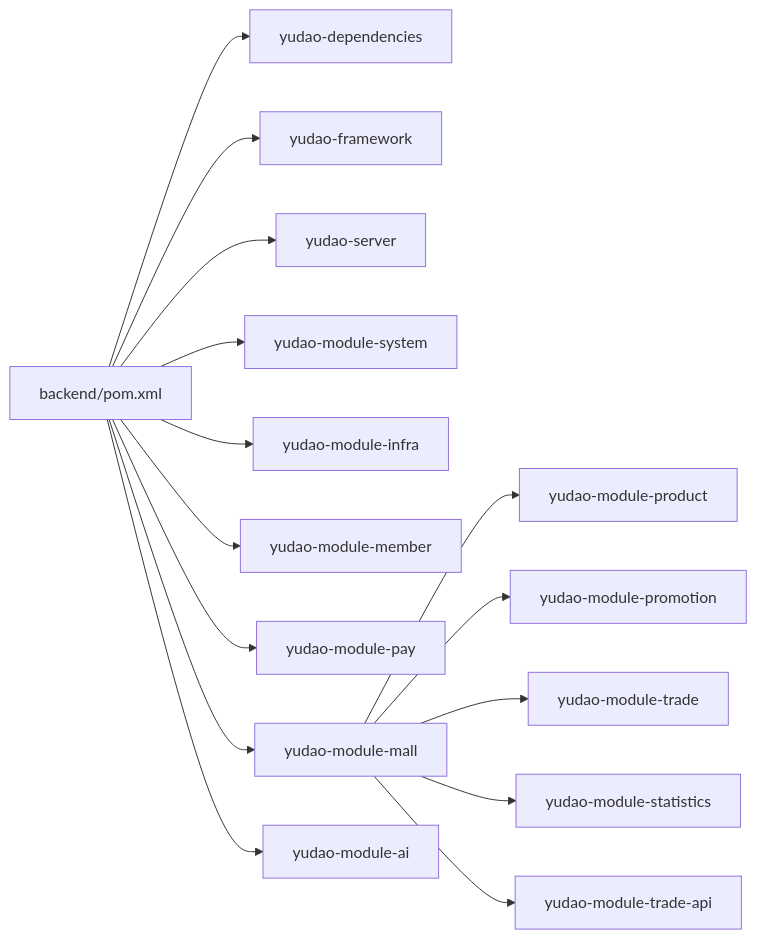
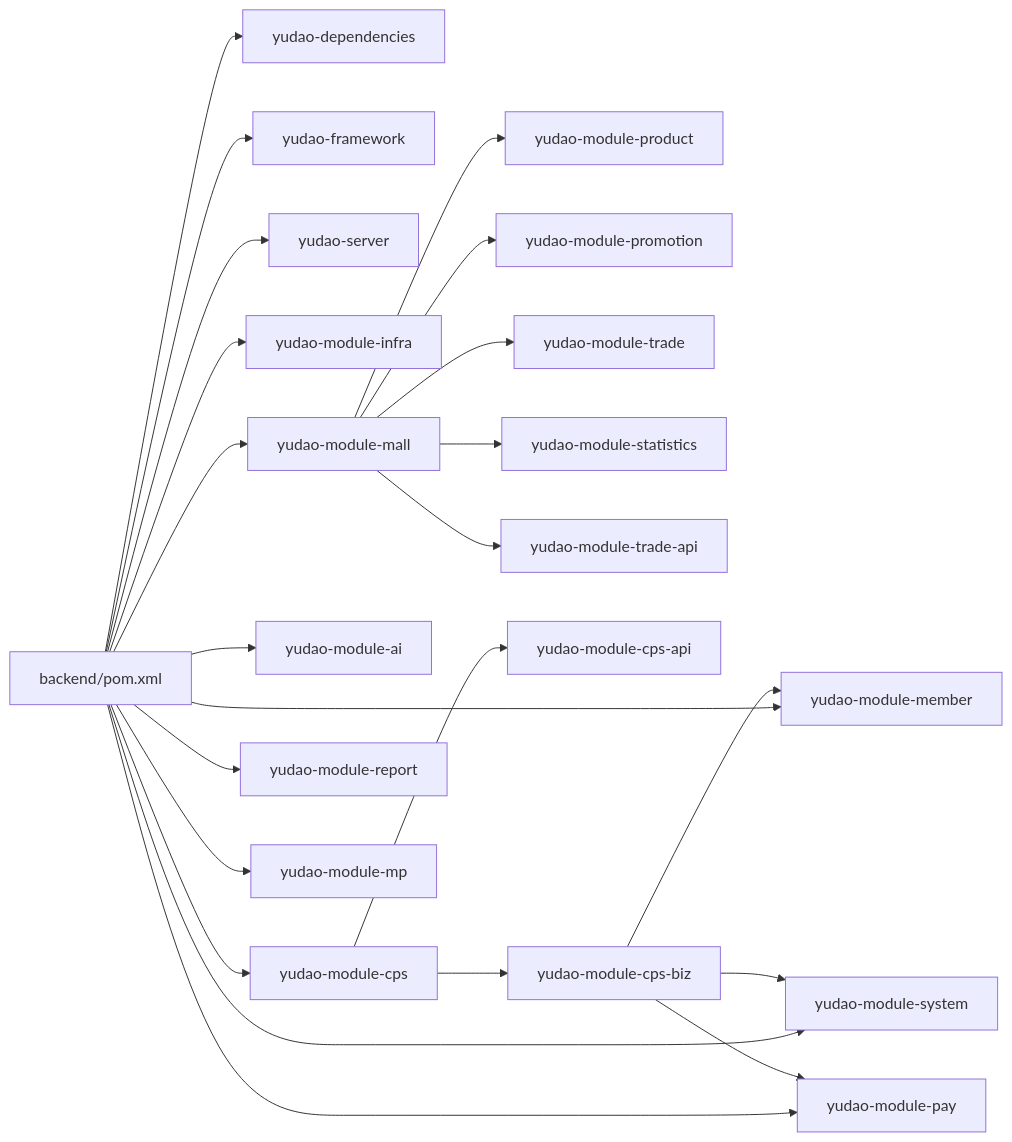
The third of 3 diagrams in .qoder/repowiki/zh/content/系统架构设计/模块化架构.md (zhuangpengLI/AgenticCPS), drawn with Mermaid before and after one commit. The commit also changed other lines of this file and 10 other files, not shown here.

````diff
--- a/.qoder/repowiki/zh/content/系统架构设计/模块化架构.md
+++ b/.qoder/repowiki/zh/content/系统架构设计/模块化架构.md
@@ -238,17 +293,25 @@
 ```mermaid
 graph LR
 A["backend/pom.xml"] --> B["yudao-dependencies"]
 A --> C["yudao-framework"]
 A --> D["yudao-server"]
 A --> E["yudao-module-system"]
 A --> F["yudao-module-infra"]
 A --> G["yudao-module-member"]
 A --> H["yudao-module-pay"]
 A --> I["yudao-module-mall"]
 A --> J["yudao-module-ai"]
+A --> K["yudao-module-cps"]
+A --> L["yudao-module-report"]
+A --> M["yudao-module-mp"]
 I --> I1["yudao-module-product"]
 I --> I2["yudao-module-promotion"]
 I --> I3["yudao-module-trade"]
 I --> I4["yudao-module-statistics"]
 I --> I5["yudao-module-trade-api"]
+K --> K1["yudao-module-cps-api"]
+K --> K2["yudao-module-cps-biz"]
+K2 --> G
+K2 --> H
+K2 --> E
 ```
````
